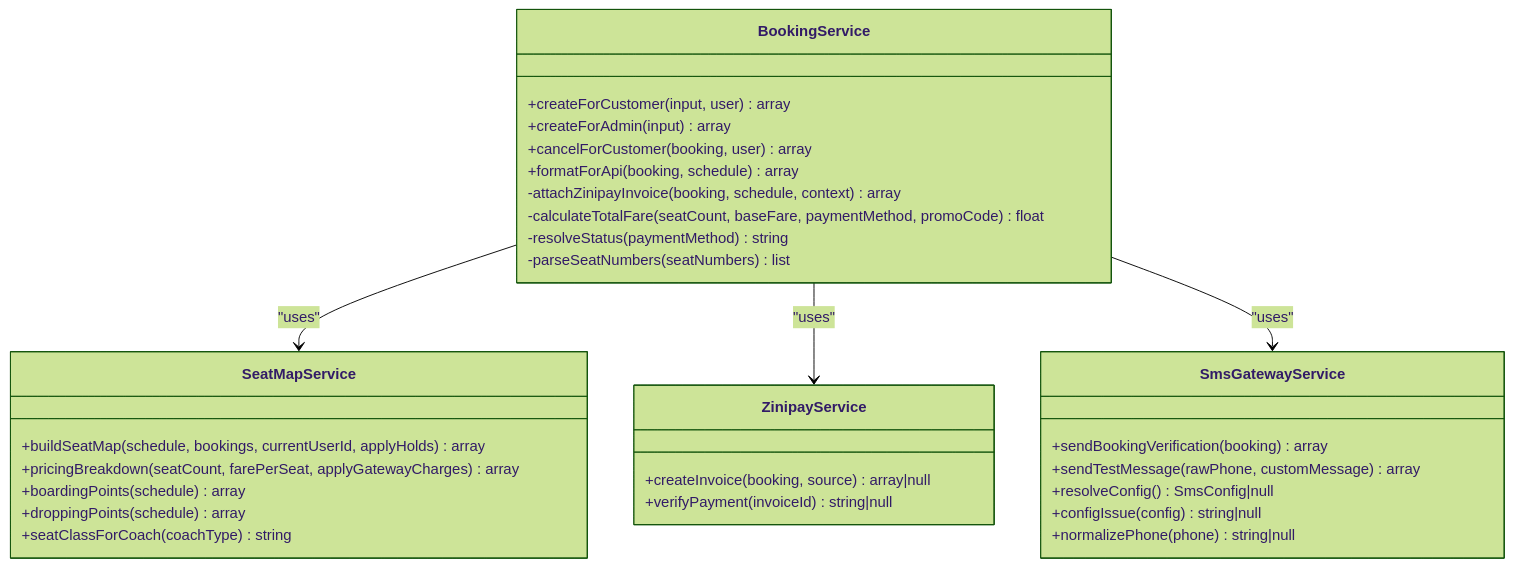
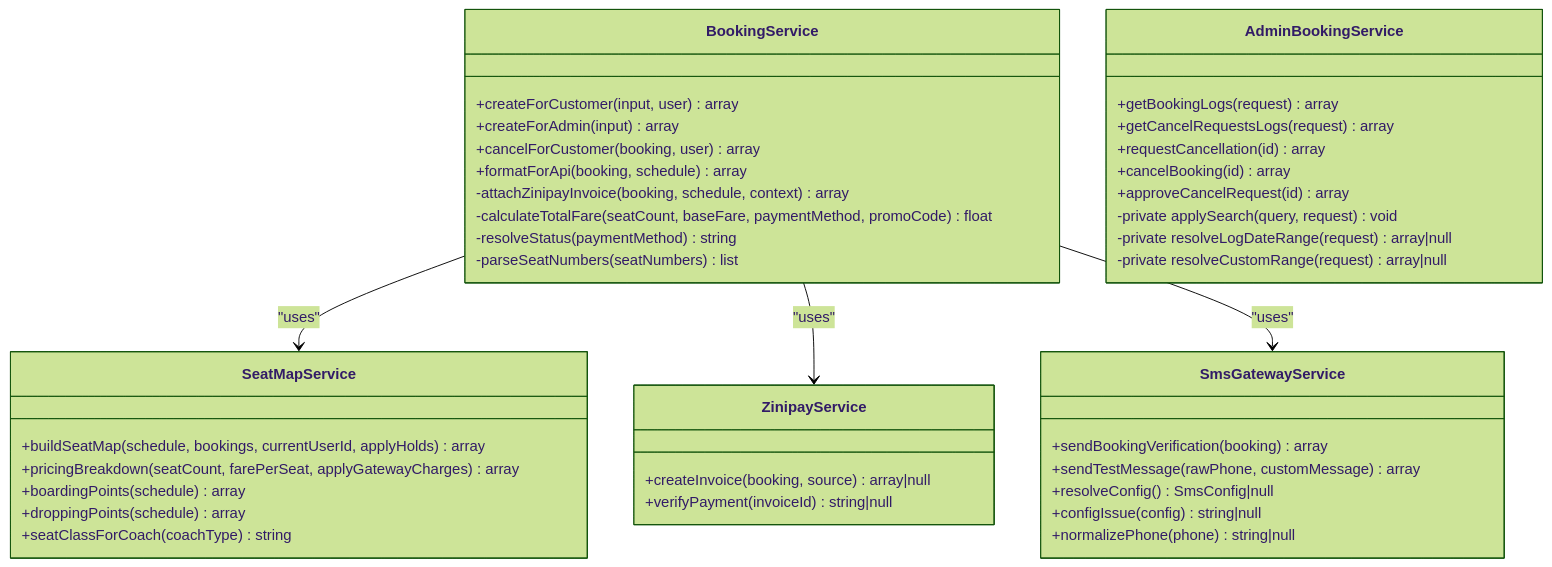
One commit to mahbub095/bus-app changed the third of 9 diagrams in .qoder/repowiki/en/content/System Architecture/Backend Architecture/Service Layer Design/Service Layer Design.md. Above: the diagram before and after it, drawn with Mermaid (forest theme). The commit also changed other lines of this file and 119 other files, not shown here.

````diff
--- a/.qoder/repowiki/en/content/System Architecture/Backend Architecture/Service Layer Design/Service Layer Design.md
+++ b/.qoder/repowiki/en/content/System Architecture/Backend Architecture/Service Layer Design/Service Layer Design.md
@@ -292,34 +372,44 @@
 ```mermaid
 classDiagram
 class BookingService {
 +createForCustomer(input, user) array
 +createForAdmin(input) array
 +cancelForCustomer(booking, user) array
 +formatForApi(booking, schedule) array
 -attachZinipayInvoice(booking, schedule, context) array
 -calculateTotalFare(seatCount, baseFare, paymentMethod, promoCode) float
 -resolveStatus(paymentMethod) string
 -parseSeatNumbers(seatNumbers) list<string>
 }
 class SeatMapService {
 +buildSeatMap(schedule, bookings, currentUserId, applyHolds) array
 +pricingBreakdown(seatCount, farePerSeat, applyGatewayCharges) array
 +boardingPoints(schedule) array
 +droppingPoints(schedule) array
 +seatClassForCoach(coachType) string
 }
 class ZinipayService {
 +createInvoice(booking, source) array|null
 +verifyPayment(invoiceId) string|null
 }
 class SmsGatewayService {
 +sendBookingVerification(booking) array
 +sendTestMessage(rawPhone, customMessage) array
 +resolveConfig() SmsConfig|null
 +configIssue(config) string|null
 +normalizePhone(phone) string|null
 }
+class AdminBookingService {
++getBookingLogs(request) array
++getCancelRequestsLogs(request) array
++requestCancellation(id) array
++cancelBooking(id) array
++approveCancelRequest(id) array
+-private applySearch(query, request) void
+-private resolveLogDateRange(request) array|null
+-private resolveCustomRange(request) array|null
+}
 BookingService --> SeatMapService : "uses"
 BookingService --> ZinipayService : "uses"
 BookingService --> SmsGatewayService : "uses"
 ```
````
